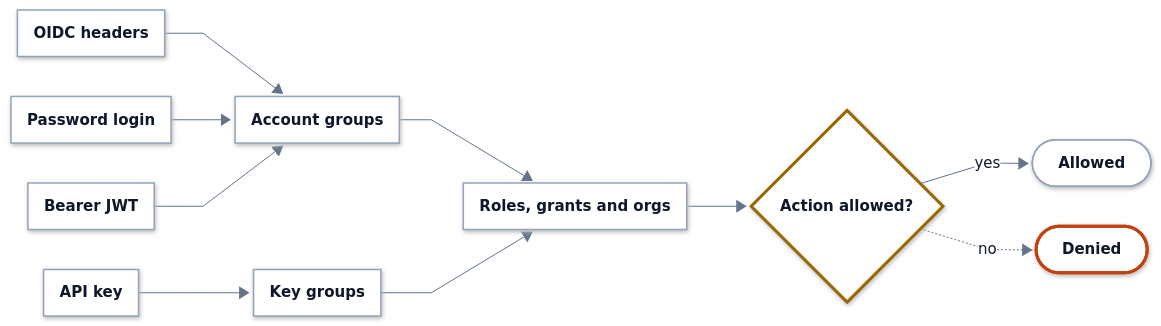
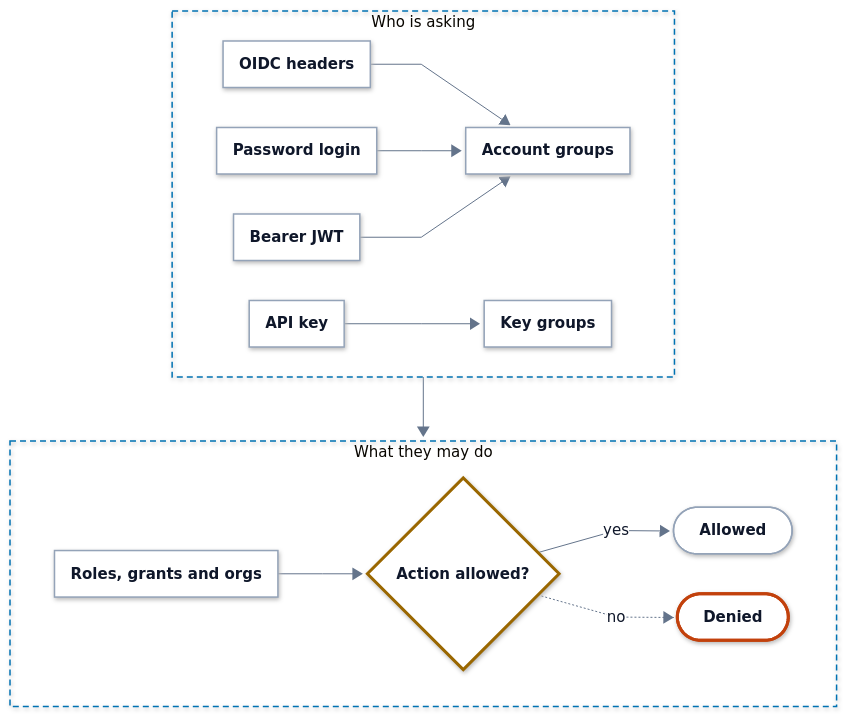
One commit to hyperi-io/dfe-engine changed the diagram in docs/control-plane/rbac-sign-in.md. Above: the diagram before and after it, drawn with Mermaid. The commit also changed 32 other files, not shown here.

First line of the commit message:
docs(architecture): engine page to the standard, diagrams to 860 px (#1209)

````diff
--- a/docs/control-plane/rbac-sign-in.md
+++ b/docs/control-plane/rbac-sign-in.md
@@ -52,34 +52,37 @@
     .ui .label-icon{color:#D9480F}
     .ext .label-icon{color:#64748B}
 ---
-flowchart LR
+flowchart TB
   accTitle: L4 Detail -- Identity resolution chain
   accDescr: OIDC headers, a password login and a bearer JWT each bind an account, and the account's groups resolve. An API key resolves the groups the key lists. The groups give the roles, grants and orgs, and the authorisation check allows or denies the action.
 
-  hdr["<b>OIDC headers</b>"]
-  login["<b>Password login</b>"]
-  jwt["<b>Bearer JWT</b>"]
-  key["<b>API key</b>"]
-
-  acct["<b>Account groups</b>"]
-  keyg["<b>Key groups</b>"]
-
-  res["<b>Roles, grants and orgs</b>"]
-
-  authz{"<b>Action allowed?</b>"}
-
-  allow(["<b>Allowed</b>"])
-  deny(["<b>Denied</b>"])
-
-  hdr --> acct
-  login --> acct
-  jwt --> acct
-  key --> keyg
-  acct --> res
-  keyg --> res
-  res --> authz
-  authz -->|yes| allow
-  authz -.->|no| deny
+  subgraph CREDS["Who is asking"]
+    direction LR
+    hdr["<b>OIDC headers</b>"]
+    login["<b>Password login</b>"]
+    jwt["<b>Bearer JWT</b>"]
+    key["<b>API key</b>"]
+    acct["<b>Account groups</b>"]
+    keyg["<b>Key groups</b>"]
+    hdr --> acct
+    login --> acct
+    jwt --> acct
+    key --> keyg
+  end
+  subgraph DECIDE["What they may do"]
+    direction LR
+    res["<b>Roles, grants and orgs</b>"]
+    authz{"<b>Action allowed?</b>"}
+    allow(["<b>Allowed</b>"])
+    deny(["<b>Denied</b>"])
+    res --> authz
+    authz -->|yes| allow
+    authz -.->|no| deny
+  end
+  CREDS --> DECIDE
+  class authz decision
+  class deny error
+  class hdr,login,jwt,key,acct,keyg,res,allow part
   classDef ext fill:#F4F6F8,stroke:#94A3B8,stroke-width:1.5px,stroke-dasharray:5 4,color:#0F172A
   classDef ingest fill:#FFFFFF,stroke:#0E8A7D,stroke-width:3px,color:#0F172A
   classDef xform fill:#FFFFFF,stroke:#7B4FB0,stroke-width:3px,color:#0F172A
@@ -91,7 +94,6 @@
   classDef error fill:#FFFFFF,stroke:#C2410C,stroke-width:3px,color:#0F172A
   classDef control fill:#FFFFFF,stroke:#334155,stroke-width:3px,color:#0F172A
   classDef part fill:#FFFFFF,stroke:#94A3B8,stroke-width:1.5px,color:#0F172A
-  class authz decision
-  class deny error
-  class hdr,login,jwt,key,acct,keyg,res,allow part
+  style CREDS fill:none,stroke:#0072B2,stroke-width:1.5px,stroke-dasharray:6 4
+  style DECIDE fill:none,stroke:#0072B2,stroke-width:1.5px,stroke-dasharray:6 4
 ```
````
